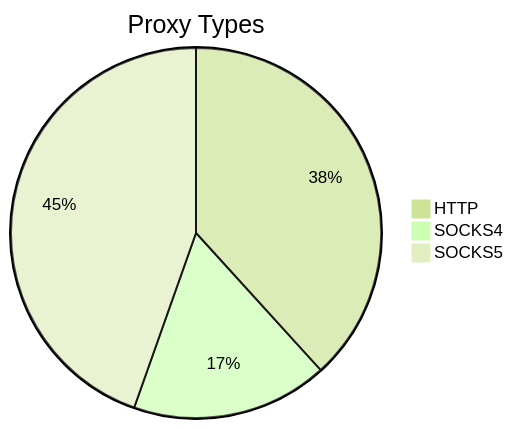
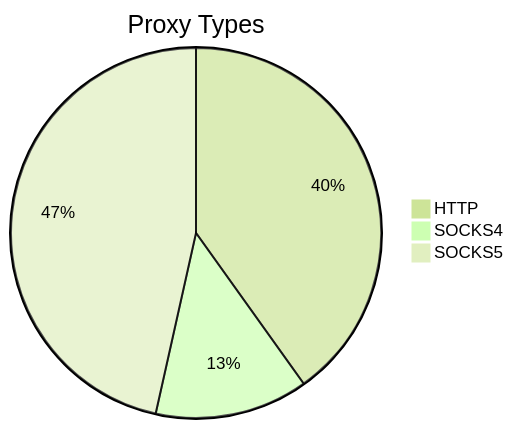
The first of 2 diagrams in README.md (stormsia/proxy-list), drawn with Mermaid (forest theme) before and after one commit. The commit also changed other lines of this file, not shown here.

````diff
--- a/README.md
+++ b/README.md
@@ -21,6 +21,6 @@
 ```mermaid
 pie title Proxy Types
-    "HTTP" : 272
-    "SOCKS4" : 122
-    "SOCKS5" : 317
+    "HTTP" : 195
+    "SOCKS4" : 65
+    "SOCKS5" : 226
 ```
````
